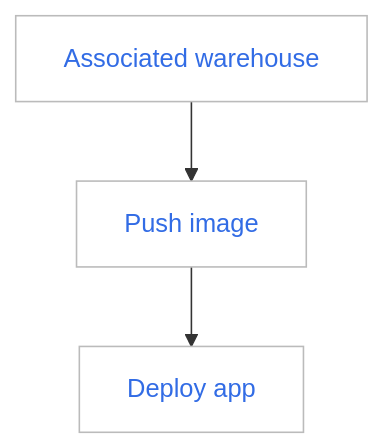
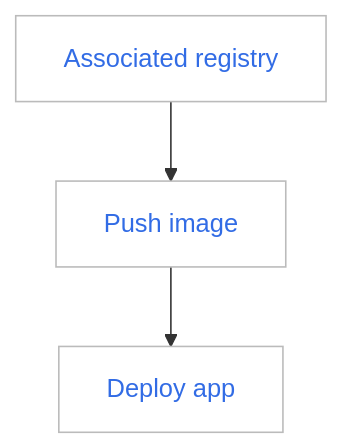
One commit to DaoCloud/DaoCloud-docs changed the diagram in docs/en/docs/kangaroo/quickstart/ws-admin-registry.md. Above: the diagram before and after it, drawn with Mermaid. The commit also changed other lines of this file and 16 other files, not shown here.

````diff
--- a/docs/en/docs/kangaroo/quickstart/ws-admin-registry.md
+++ b/docs/en/docs/kangaroo/quickstart/ws-admin-registry.md
@@ -19,15 +19,15 @@
 ```mermaid
 graph TB
 
-associate[Associated warehouse] --> push[Push image] --> deploy[Deploy app]
+associate[Associated registry] --> push[Push image] --> deploy[Deploy app]
 
 classDef plain fill:#ddd,stroke:#fff,stroke-width:1px,color:#000;
 classDef k8s fill:#326ce5,stroke:#fff,stroke-width:1px,color:#fff;
 classDef cluster fill:#fff,stroke:#bbb,stroke-width:1px,color:#326ce5;
 
 class associate,push,deploy cluster;
 
 click associate "https://docs.daocloud.io/en/kangaroo/related-registry/"
 click push "https://docs.daocloud.io/en/kangaroo/quickstart/push/"
 click deploy "https://docs.daocloud.io/en/kpanda/07UserGuide/Workloads/CreateDeploymentByImage/"
 ```
````
